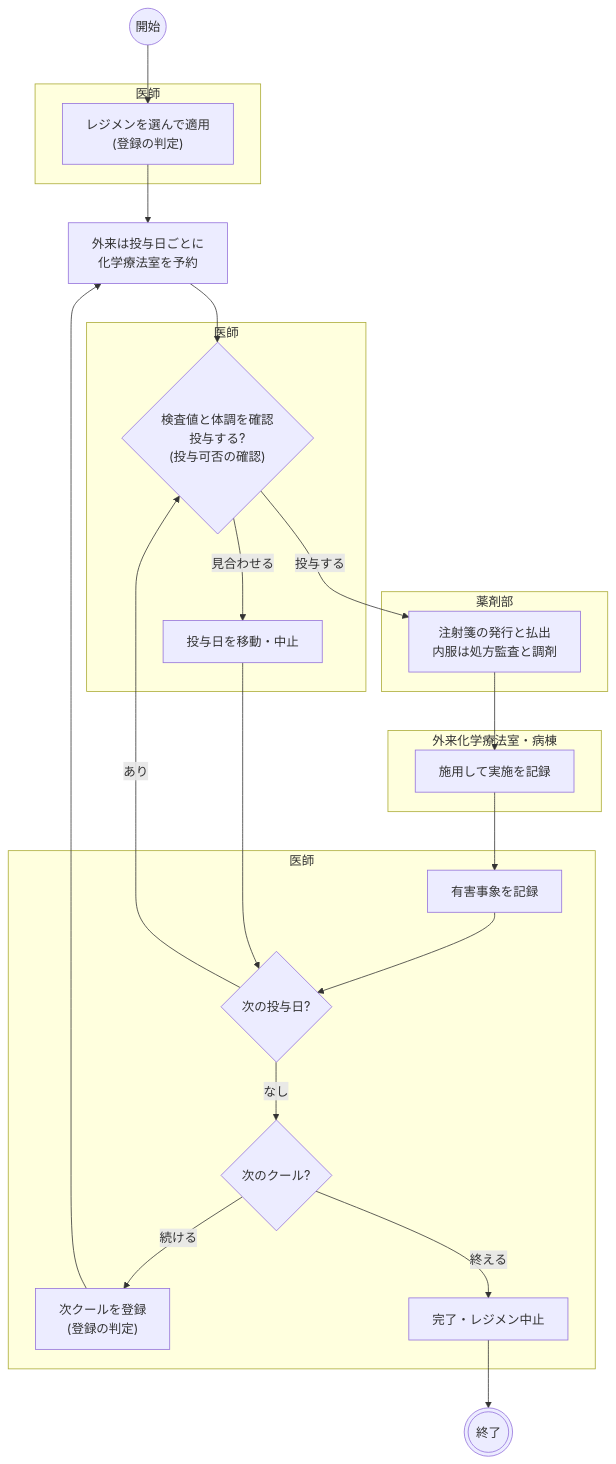
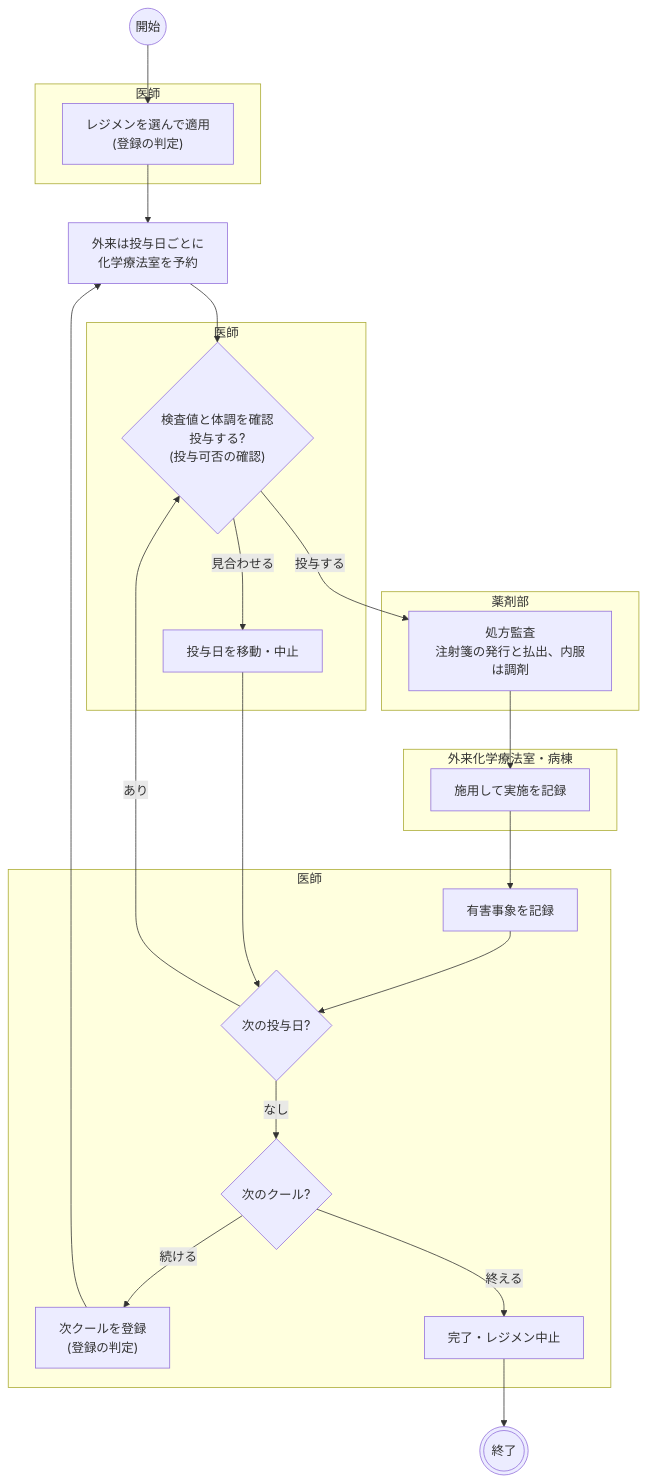
The first of 9 diagrams in docs/order-flows/chemotherapy.md (ysnr-dev/fhir-client), drawn with Mermaid before and after one commit. The commit also changed other lines of this file and 7 other files, not shown here.

````diff
--- a/docs/order-flows/chemotherapy.md
+++ b/docs/order-flows/chemotherapy.md
@@ -51,39 +52,39 @@
 ```mermaid
 flowchart TD
   start(("開始"))
   finish((("終了")))
   book["外来は投与日ごとに<br/>化学療法室を予約"]
 
   subgraph doctorApply["医師"]
     apply["レジメンを選んで適用<br/>(登録の判定)"]
   end
 
   subgraph doctorDay["医師"]
     go{"検査値と体調を確認<br/>投与する?<br/>(投与可否の確認)"}
     change["投与日を移動・中止"]
   end
 
   subgraph pharmacy["薬剤部"]
-    prepare["注射箋の発行と払出<br/>内服は処方監査と調剤"]
+    prepare["処方監査<br/>注射箋の発行と払出、内服は調剤"]
   end
 
   subgraph room["外来化学療法室・病棟"]
     perform["施用して実施を記録"]
   end
 
   subgraph doctorNext["医師"]
     adverse["有害事象を記録"]
     day{"次の投与日?"}
     cycle{"次のクール?"}
     addCycle["次クールを登録<br/>(登録の判定)"]
     close["完了・レジメン中止"]
   end
 
   start --> apply --> book --> go
   go -- "投与する" --> prepare --> perform --> adverse --> day
   go -- "見合わせる" --> change --> day
   day -- "あり" --> go
   day -- "なし" --> cycle
   cycle -- "続ける" --> addCycle --> book
   cycle -- "終える" --> close --> finish
 ```
````
